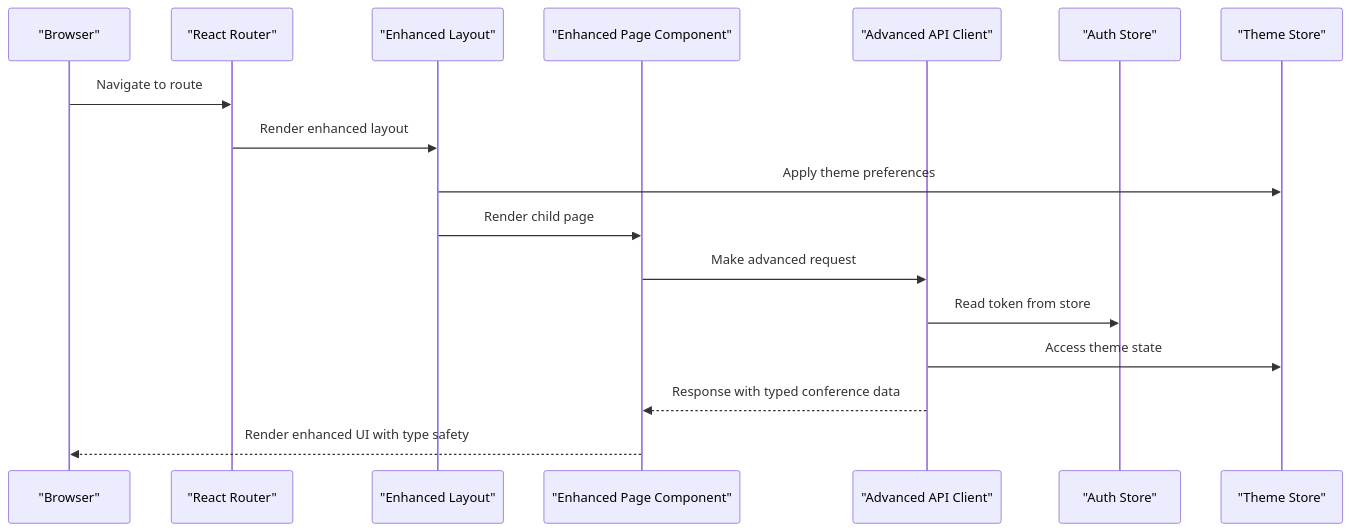
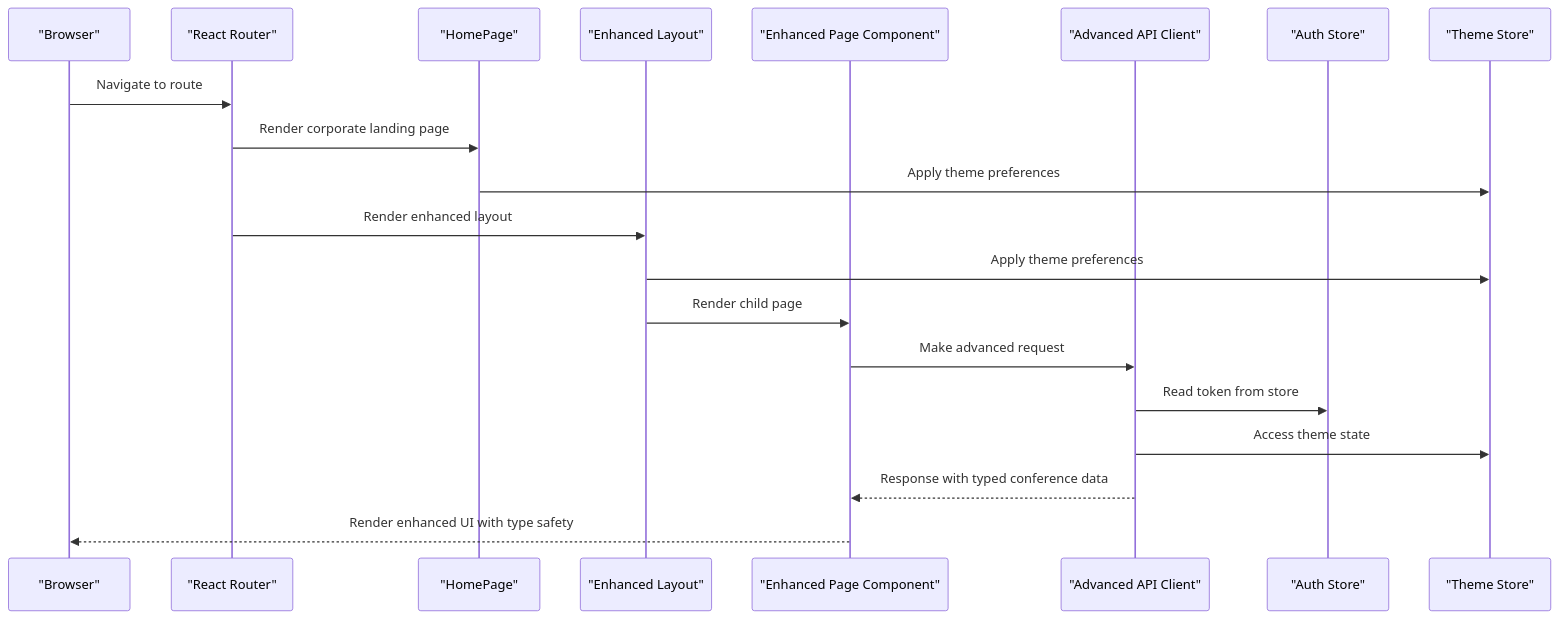
One commit to Vostrikov2014/vks-qoder changed the second of 3 diagrams in .qoder/repowiki/en/content/Frontend Application/Pages and Components.md. Above: the diagram before and after it, drawn with Mermaid. The commit also changed other lines of this file and 18 other files, not shown here.

````diff
--- a/.qoder/repowiki/en/content/Frontend Application/Pages and Components.md
+++ b/.qoder/repowiki/en/content/Frontend Application/Pages and Components.md
@@ -157,19 +170,22 @@
 ```mermaid
 sequenceDiagram
 participant Browser as "Browser"
 participant Router as "React Router"
+participant HomePage as "HomePage"
 participant Layout as "Enhanced Layout"
 participant Page as "Enhanced Page Component"
 participant API as "Advanced API Client"
 participant Auth as "Auth Store"
 participant Theme as "Theme Store"
 Browser->>Router : Navigate to route
+Router->>HomePage : Render corporate landing page
+HomePage->>Theme : Apply theme preferences
 Router->>Layout : Render enhanced layout
 Layout->>Theme : Apply theme preferences
 Layout->>Page : Render child page
 Page->>API : Make advanced request
 API->>Auth : Read token from store
 API->>Theme : Access theme state
 API-->>Page : Response with typed conference data
 Page-->>Browser : Render enhanced UI with type safety
 ```
````
